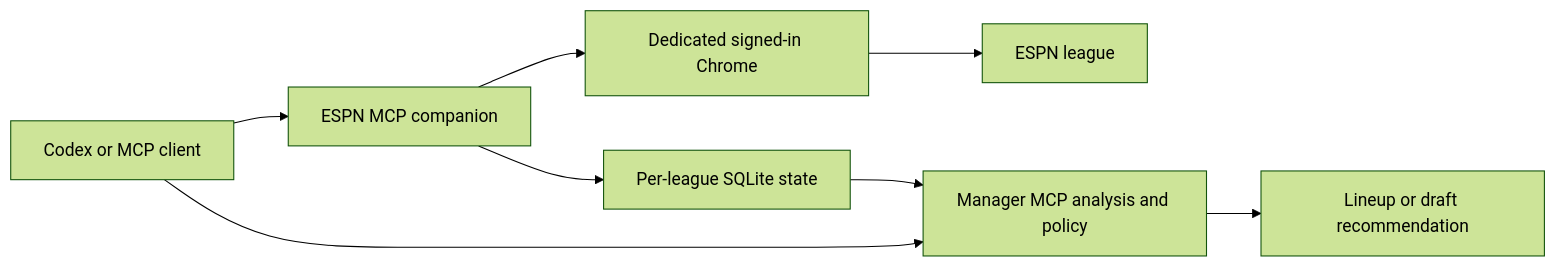
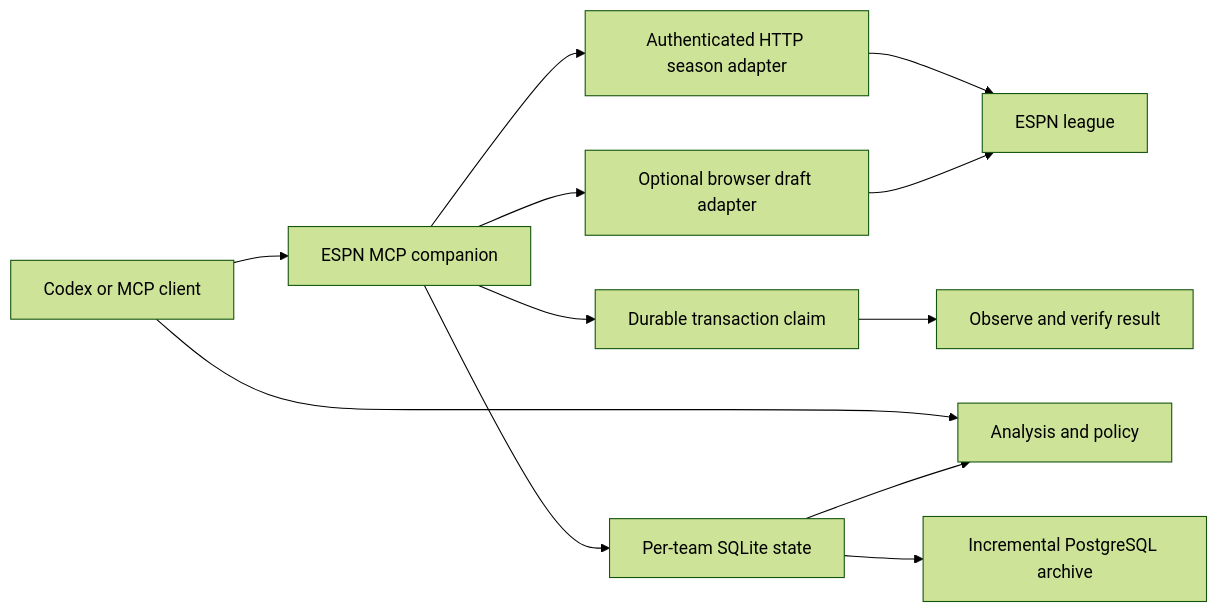
Before and after one commit to krmisystems/fantasy-football-manager: the diagram in README.md, drawn with Mermaid (forest theme). The commit also changed other lines of this file and 69 other files, not shown here.

Commit message:
Add browser-free ESPN season automation and incremental archive

````diff
--- a/README.md
+++ b/README.md
@@ -49,10 +64,14 @@
 ```mermaid
 flowchart LR
     Client[Codex or MCP client] --> Companion[ESPN MCP companion]
-    Companion --> Chrome[Dedicated signed-in Chrome]
-    Chrome --> ESPN[ESPN league]
-    Companion --> State[Per-league SQLite state]
-    Client --> Manager[Manager MCP analysis and policy]
+    Companion --> HTTP[Authenticated HTTP season adapter]
+    HTTP --> ESPN[ESPN league]
+    Companion --> Draft[Optional browser draft adapter]
+    Draft --> ESPN
+    Companion --> Claim[Durable transaction claim]
+    Claim --> Verify[Observe and verify result]
+    Companion --> State[Per-team SQLite state]
+    Client --> Manager[Analysis and policy]
     State --> Manager
-    Manager --> Result[Lineup or draft recommendation]
+    State --> Archive[Incremental PostgreSQL archive]
 ```
````
